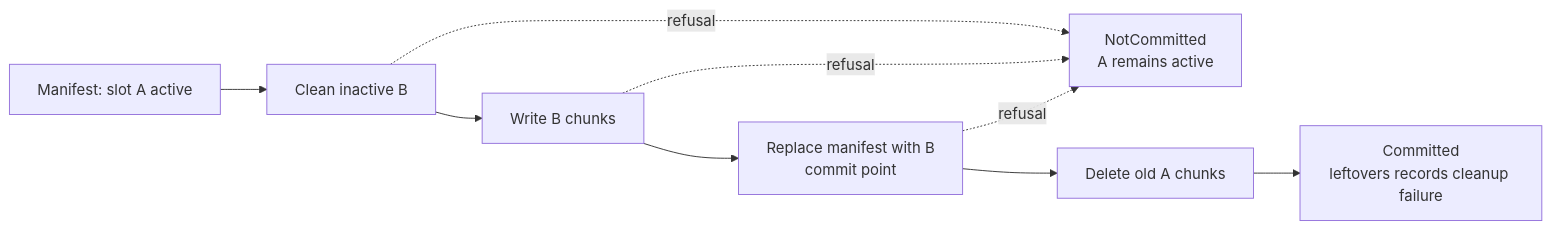
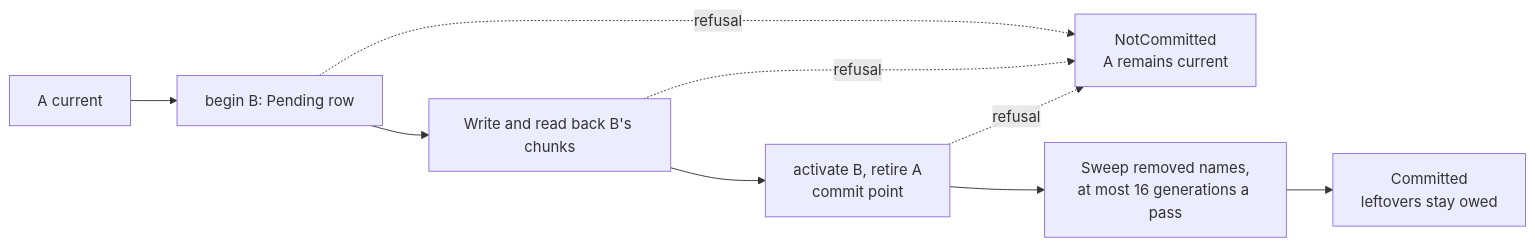
One commit to labcoder/capsula changed the sixth of 8 diagrams in docs/development/accounts.md. Above: the diagram before and after it, drawn with Mermaid. The commit also changed other lines of this file and 7 other files, not shown here.

Commit message:
fix(brain): keep a failed key removal pending and sweep removed rows fairly

````diff
--- a/docs/development/accounts.md
+++ b/docs/development/accounts.md
@@ -673,11 +679,11 @@
 ```mermaid
 flowchart LR
-    A["Manifest: slot A active"] --> B["Clean inactive B"]
-    B --> C["Write B chunks"]
-    C --> D["Replace manifest with B<br/>commit point"]
-    B -. refusal .-> N["NotCommitted<br/>A remains active"]
+    A["A current"] --> B["begin B: Pending row"]
+    B --> C["Write and read back B's chunks"]
+    C --> D["activate B, retire A<br/>commit point"]
+    B -. refusal .-> N["NotCommitted<br/>A remains current"]
     C -. refusal .-> N
     D -. refusal .-> N
-    D --> E["Delete old A chunks"]
-    E --> F["Committed<br/>leftovers records cleanup failure"]
+    D --> E["Sweep removed names,<br/>at most 16 generations a pass"]
+    E --> F["Committed<br/>leftovers stay owed"]
 ```
````
